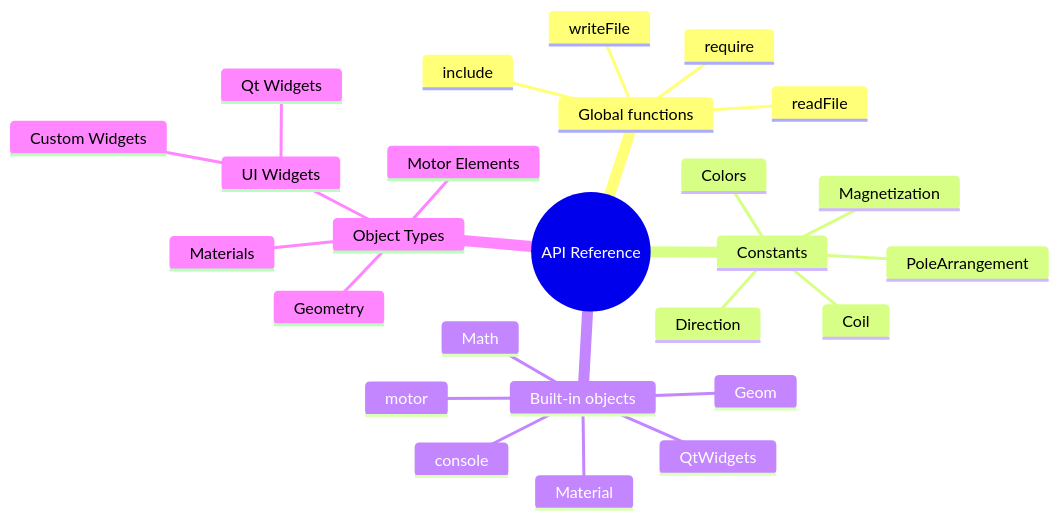
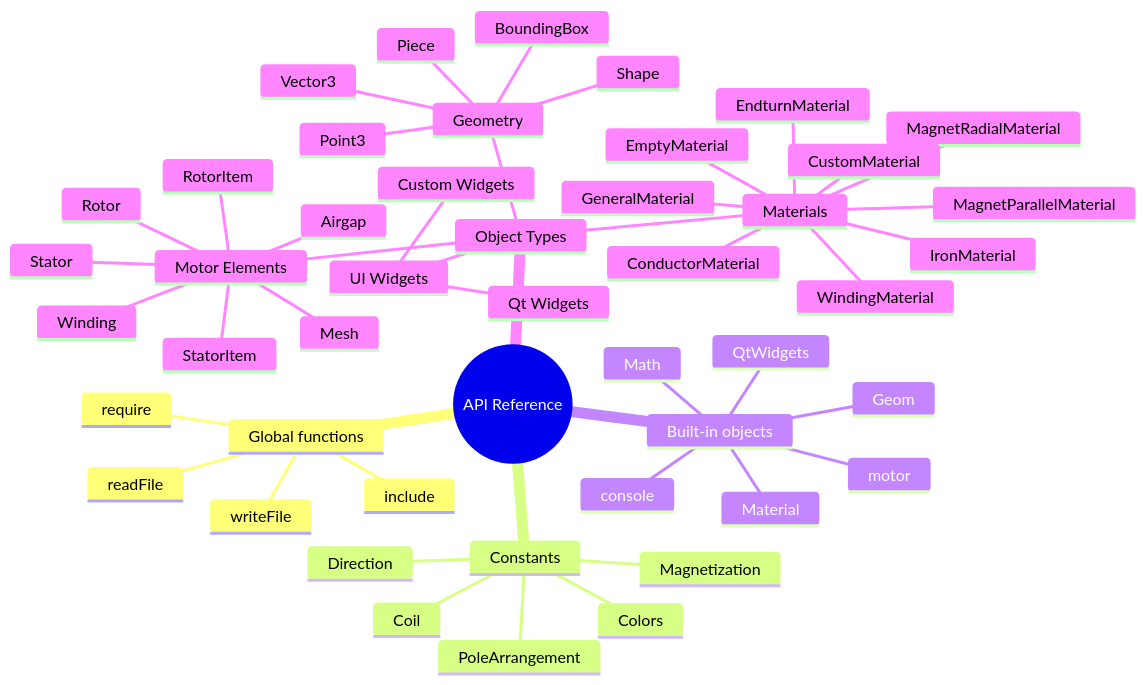
The diagram in docs/ru/mindmap.md (VKCreator/MotorXP-AFM-Scripting-API), drawn with Mermaid before and after one commit. The commit also changed 2 other files, not shown here.

Commit message:
правки

````diff
--- a/docs/ru/mindmap.md
+++ b/docs/ru/mindmap.md
@@ -3,32 +3,57 @@
 ```mermaid
 mindmap
     root((API Reference))
         Global functions
             include
             require
             writeFile
             readFile
 
         Constants
             Direction
             Coil
             Magnetization
             PoleArrangement
             Colors
         
         Built-in objects
             Math
             Geom
             Material
             QtWidgets
             console
             motor
 
         Object Types
+
             Motor Elements
+                Stator
+                StatorItem
+                Rotor
+                RotorItem
+                Airgap
+                Winding
+                Mesh
+
             Geometry
+                Point3
+                Vector3
+                Shape
+                BoundingBox
+                Piece
+
             Materials
+                ConductorMaterial
+                EmptyMaterial
+                EndturnMaterial
+                GeneralMaterial
+                IronMaterial
+                MagnetParallelMaterial
+                MagnetRadialMaterial
+                WindingMaterial
+                CustomMaterial
+
             UI Widgets
                 Qt Widgets
                 Custom Widgets
 ```
````
